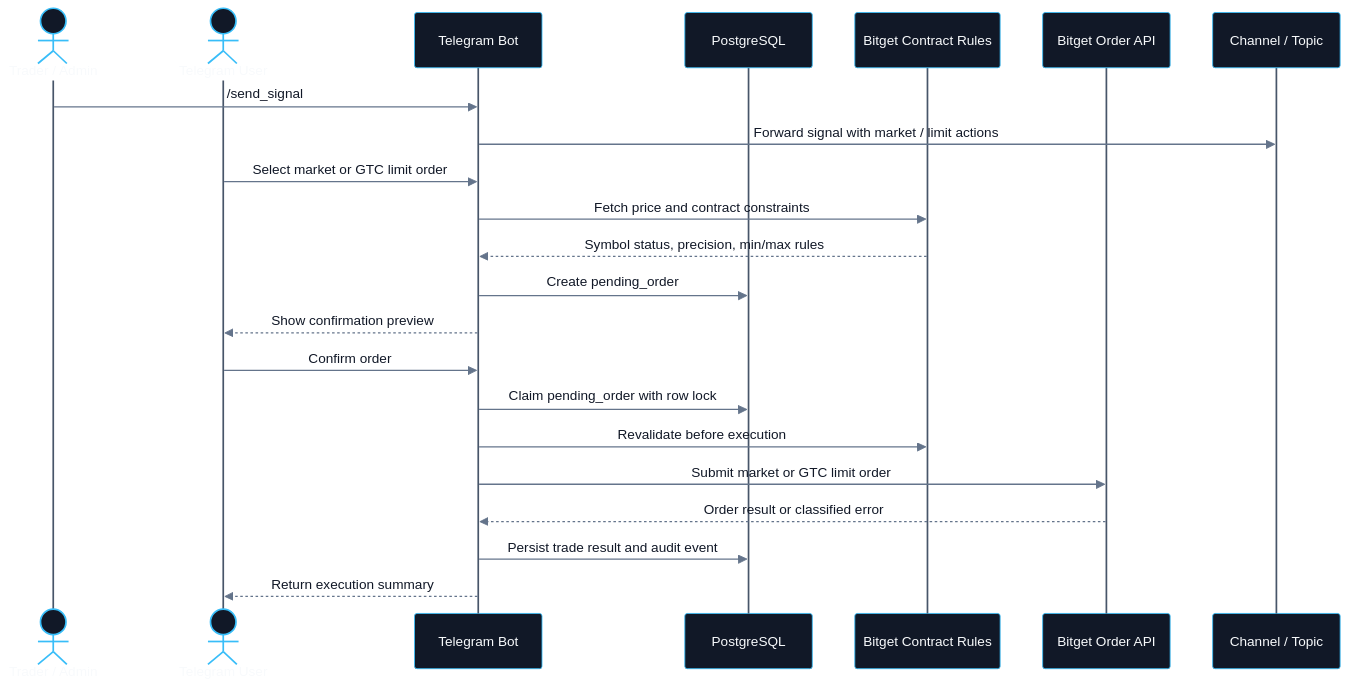
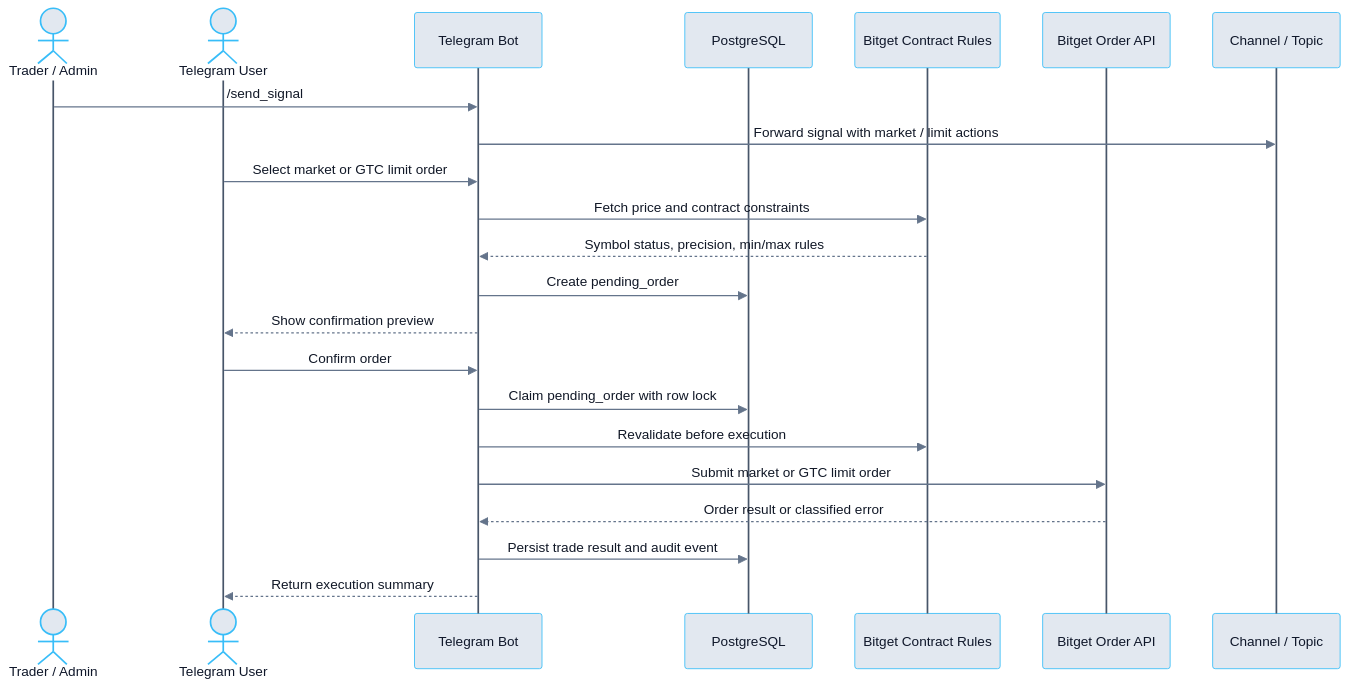
The second of 2 diagrams in readme.md (kaiyn-capital/kaiyn-trading-bot), drawn with Mermaid before and after one commit. The commit also changed other lines of this file and 2 other files, not shown here.

Commit message:
Document Oracle Cloud ARM deployment runbook

````diff
--- a/readme.md
+++ b/readme.md
@@ -64,26 +64,26 @@
 ```mermaid
-%%{init: {"theme":"base","themeVariables":{"background":"transparent","primaryColor":"#111827","primaryBorderColor":"#38bdf8","primaryTextColor":"#f8fafc","secondaryColor":"#1f2937","secondaryBorderColor":"#64748b","secondaryTextColor":"#f8fafc","tertiaryColor":"#0f172a","tertiaryBorderColor":"#475569","tertiaryTextColor":"#f8fafc","lineColor":"#475569","fontFamily":"Inter, ui-sans-serif, system-ui, sans-serif","actorBkg":"#111827","actorBorder":"#38bdf8","actorTextColor":"#f8fafc","actorLineColor":"#475569","signalColor":"#64748b","signalTextColor":"#111827","labelBoxBkgColor":"#111827","labelBoxBorderColor":"#38bdf8","labelTextColor":"#f8fafc","activationBkgColor":"#172033","activationBorderColor":"#60a5fa","noteBkgColor":"#1f2937","noteTextColor":"#f8fafc"}}}%%
+%%{init: {"theme":"base","themeVariables":{"background":"transparent","primaryColor":"#111827","primaryBorderColor":"#38bdf8","primaryTextColor":"#f8fafc","secondaryColor":"#1f2937","secondaryBorderColor":"#64748b","secondaryTextColor":"#f8fafc","tertiaryColor":"#0f172a","tertiaryBorderColor":"#475569","tertiaryTextColor":"#f8fafc","lineColor":"#475569","fontFamily":"Inter, ui-sans-serif, system-ui, sans-serif","actorBkg":"#e2e8f0","actorBorder":"#38bdf8","actorTextColor":"#0f172a","actorLineColor":"#475569","signalColor":"#64748b","signalTextColor":"#111827","labelBoxBkgColor":"#111827","labelBoxBorderColor":"#38bdf8","labelTextColor":"#f8fafc","activationBkgColor":"#172033","activationBorderColor":"#60a5fa","noteBkgColor":"#1f2937","noteTextColor":"#f8fafc"}}}%%
 sequenceDiagram
     actor Trader as Trader / Admin
     actor User as Telegram User
     participant Bot as Telegram Bot
     participant DB as PostgreSQL
     participant Rules as Bitget Contract Rules
     participant Bitget as Bitget Order API
     participant Channel as Channel / Topic
 
     Trader->>Bot: /send_signal
     Bot->>Channel: Forward signal with market / limit actions
     User->>Bot: Select market or GTC limit order
     Bot->>Rules: Fetch price and contract constraints
     Rules-->>Bot: Symbol status, precision, min/max rules
     Bot->>DB: Create pending_order
     Bot-->>User: Show confirmation preview
     User->>Bot: Confirm order
     Bot->>DB: Claim pending_order with row lock
     Bot->>Rules: Revalidate before execution
     Bot->>Bitget: Submit market or GTC limit order
     Bitget-->>Bot: Order result or classified error
     Bot->>DB: Persist trade result and audit event
     Bot-->>User: Return execution summary
 ```
````
